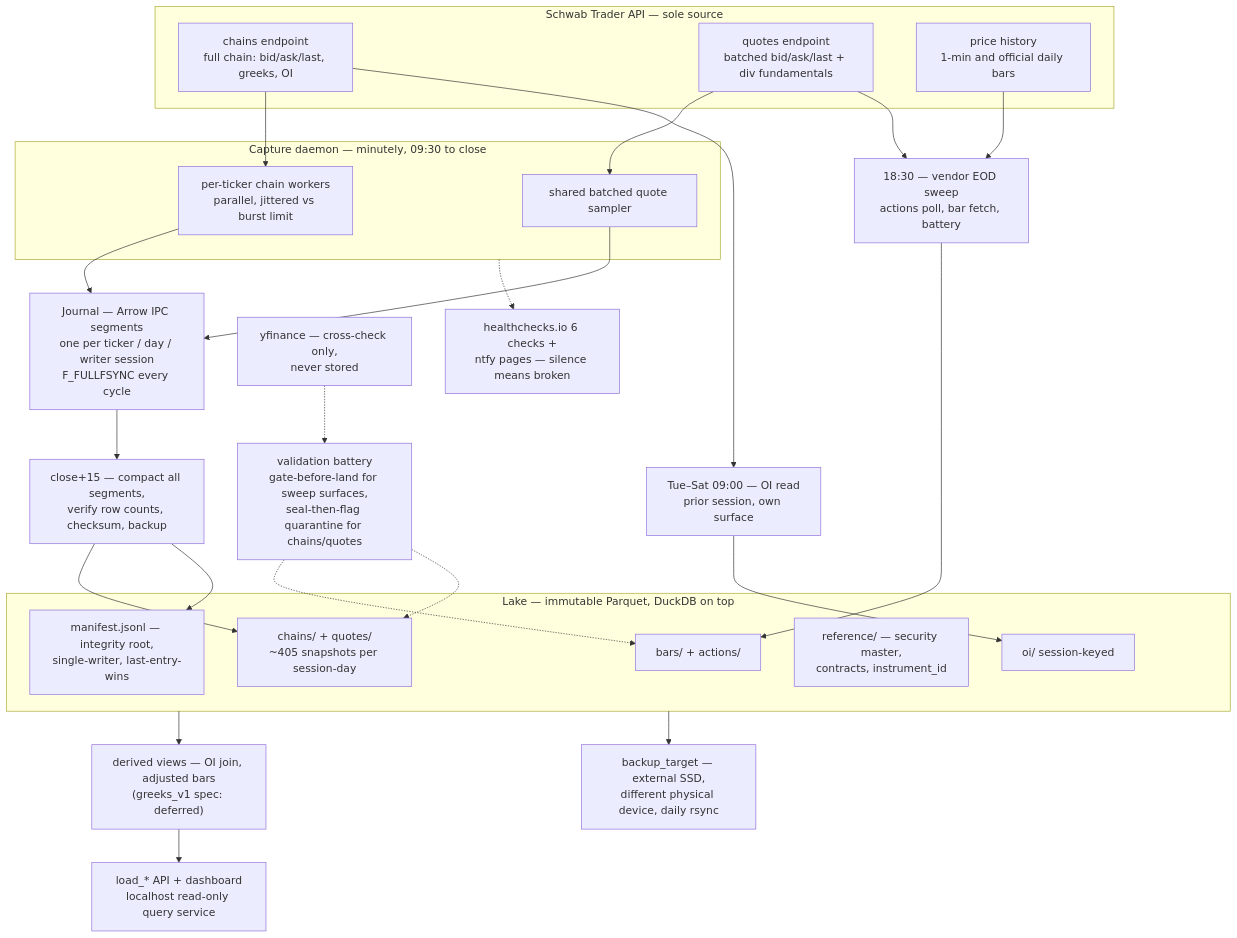
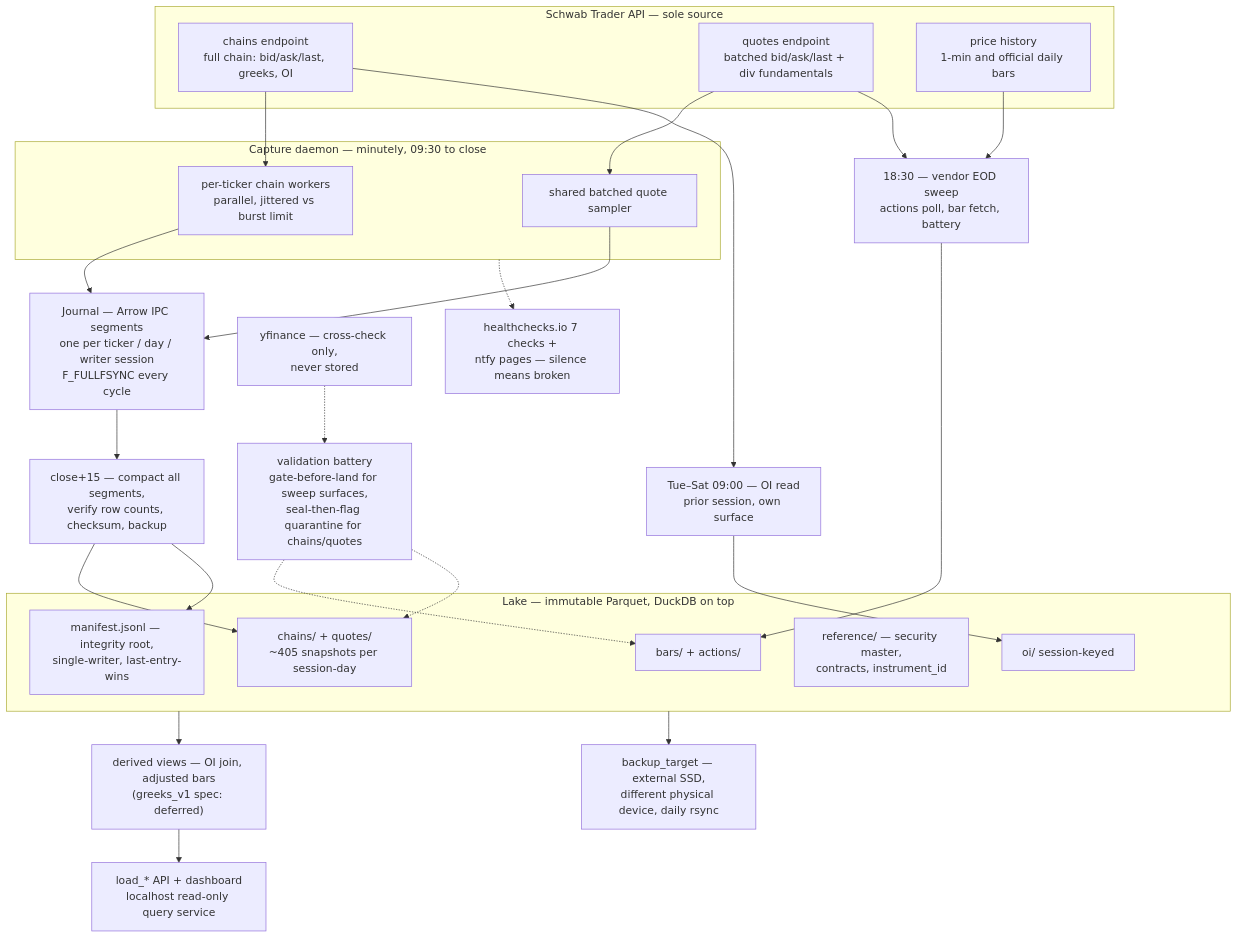
Before and after one commit to l3a0/marketlake: the diagram in docs/design.md, drawn with Mermaid. The commit also changed other lines of this file, not shown here.

````diff
--- a/docs/design.md
+++ b/docs/design.md
@@ -40,54 +40,54 @@
 ```mermaid
 flowchart TB
   subgraph SCHWAB["Schwab Trader API — sole source"]
     CH["chains endpoint<br/>full chain: bid/ask/last, greeks, OI"]
     QT["quotes endpoint<br/>batched bid/ask/last + div fundamentals"]
     PH["price history<br/>1-min and official daily bars"]
   end
 
   subgraph CAP["Capture daemon — minutely, 09:30 to close"]
     W["per-ticker chain workers<br/>parallel, jittered vs burst limit"]
     QS["shared batched quote sampler"]
   end
 
   J["Journal — Arrow IPC segments<br/>one per ticker / day / writer session<br/>F_FULLFSYNC every cycle"]
 
   CMP["close+15 — compact all segments,<br/>verify row counts, checksum, backup"]
   SWP["18:30 — vendor EOD sweep<br/>actions poll, bar fetch, battery"]
   OIJ["Tue–Sat 09:00 — OI read<br/>prior session, own surface"]
 
   subgraph LAKE["Lake — immutable Parquet, DuckDB on top"]
     CP["chains/ + quotes/<br/>~405 snapshots per session-day"]
     BP["bars/ + actions/"]
     OP["oi/ session-keyed"]
     RP["reference/ — security master,<br/>contracts, instrument_id"]
     MF["manifest.jsonl — integrity root,<br/>single-writer, last-entry-wins"]
   end
 
   BAT["validation battery<br/>gate-before-land for sweep surfaces,<br/>seal-then-flag quarantine for chains/quotes"]
   YF["yfinance — cross-check only,<br/>never stored"]
   BK["backup_target — external SSD,<br/>different physical device, daily rsync"]
   DV["derived views — OI join, adjusted bars<br/>(greeks_v1 spec: deferred)"]
   RD["load_* API + dashboard<br/>localhost read-only query service"]
-  MON["healthchecks.io 6 checks +<br/>ntfy pages — silence means broken"]
+  MON["healthchecks.io 7 checks +<br/>ntfy pages — silence means broken"]
 
   CH --> W
   QT --> QS
   W --> J
   QS --> J
   J --> CMP
   CMP --> CP
   CMP --> MF
   PH --> SWP
   QT --> SWP
   SWP --> BP
   CH --> OIJ
   OIJ --> OP
   YF -.-> BAT
   BAT -.-> BP
   BAT -.-> CP
   LAKE --> DV
   DV --> RD
   LAKE --> BK
   CAP -.-> MON
 ```
````
